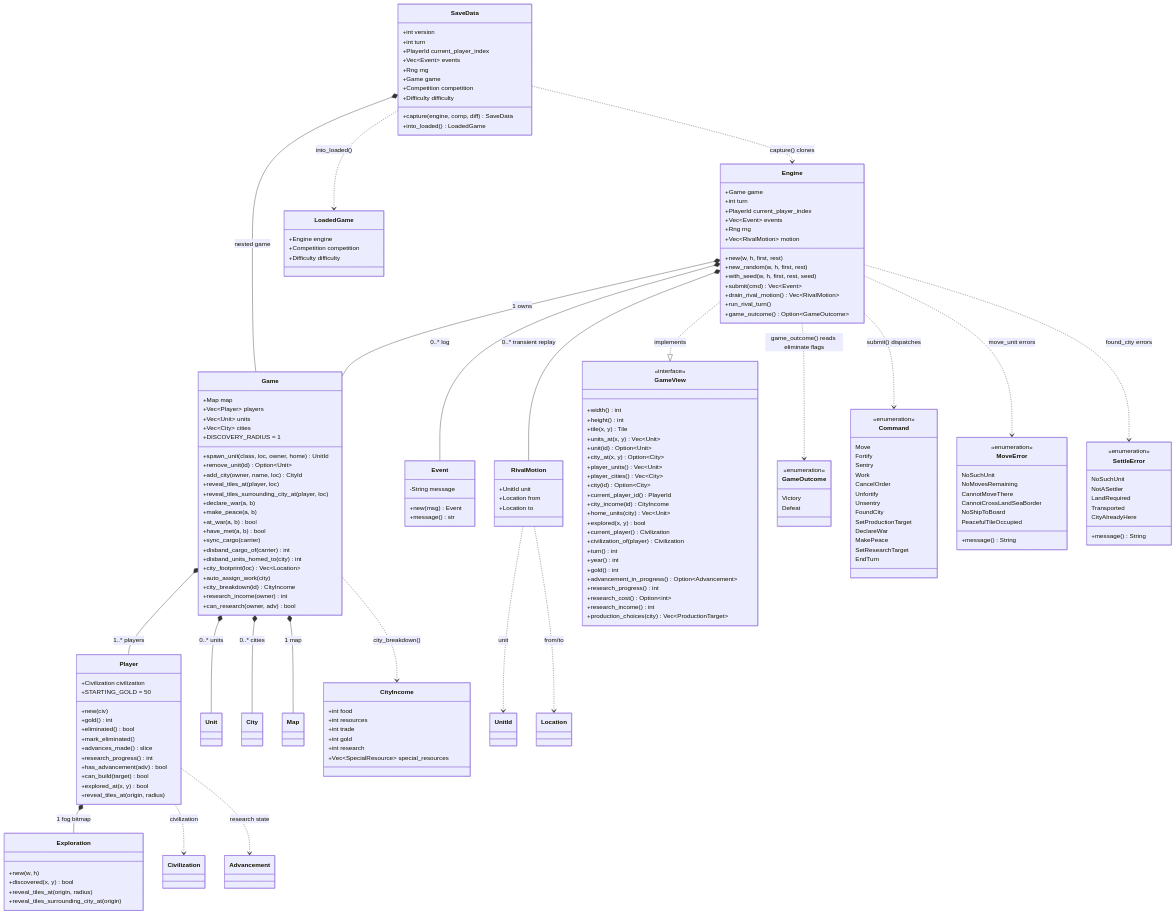
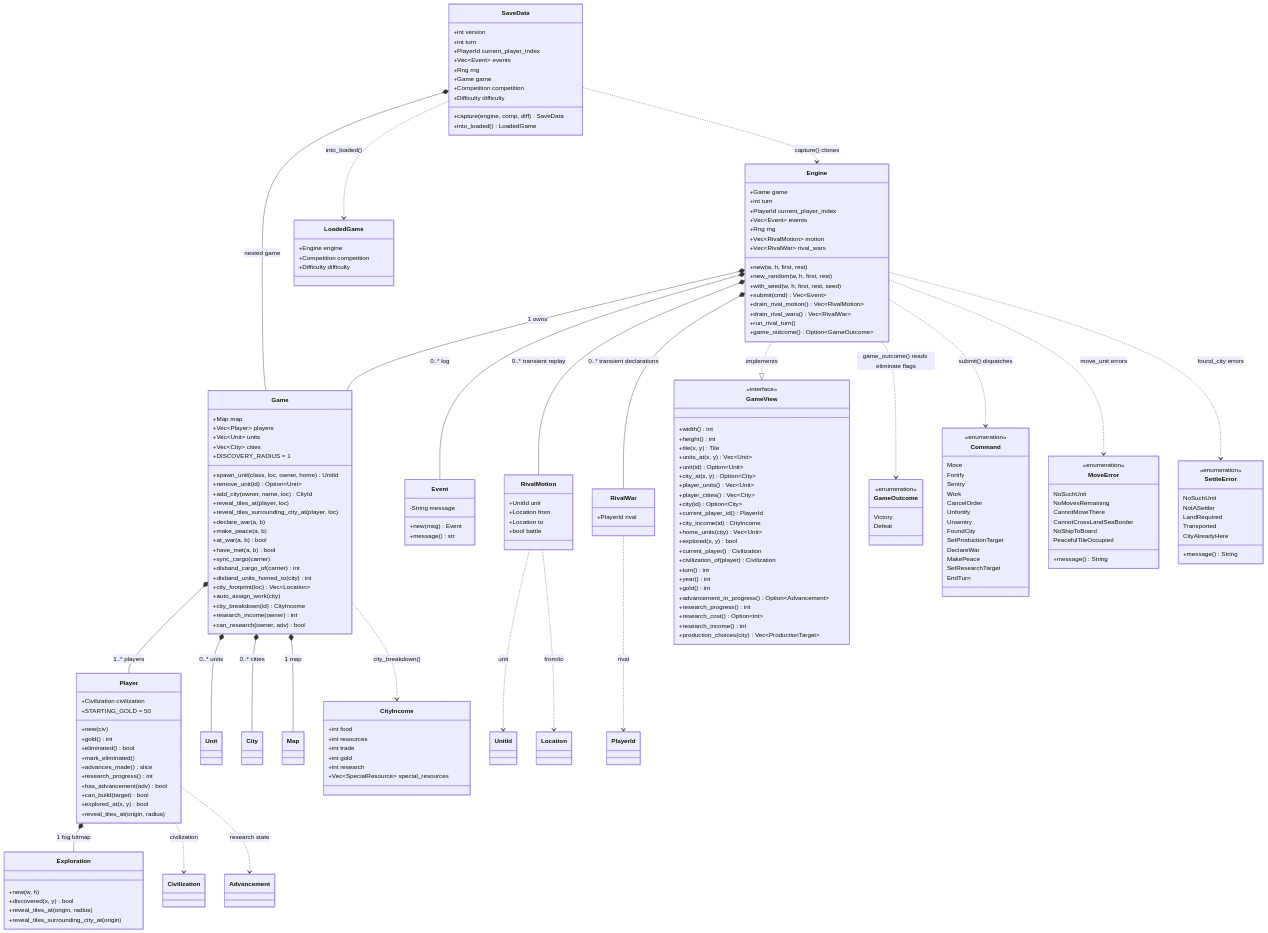
The diagram in docs/uml/03-engine-structure.md (natritmeyer/civterm), drawn with Mermaid before and after one commit. The commit also changed other lines of this file and 31 other files, not shown here.

````diff
--- a/docs/uml/03-engine-structure.md
+++ b/docs/uml/03-engine-structure.md
@@ -16,11 +17,13 @@
         +Vec~Event~ events
         +Rng rng
         +Vec~RivalMotion~ motion
+        +Vec~RivalWar~ rival_wars
         +new(w, h, first, rest)
         +new_random(w, h, first, rest)
         +with_seed(w, h, first, rest, seed)
         +submit(cmd) Vec~Event~
         +drain_rival_motion() Vec~RivalMotion~
+        +drain_rival_wars() Vec~RivalWar~
         +run_rival_turn()
         +game_outcome() Option~GameOutcome~
     }
@@ -126,6 +129,10 @@
         +UnitId unit
         +Location from
         +Location to
+        +bool battle
+    }
+    class RivalWar {
+        +PlayerId rival
     }
     class Exploration {
         +new(w, h)
@@ -173,6 +180,7 @@
     Engine *-- Game : 1 owns
     Engine *-- Event : 0..* log
     Engine *-- RivalMotion : 0..* transient replay
+    Engine *-- RivalWar : 0..* transient declarations
     Engine ..|> GameView : implements
     Game *-- Player : 1..* players
     Game *-- Unit : 0..* units
@@ -191,4 +199,5 @@
     SaveData ..> Engine : capture() clones
     RivalMotion ..> UnitId : unit
     RivalMotion ..> Location : from/to
+    RivalWar ..> PlayerId : rival
 ```
````
